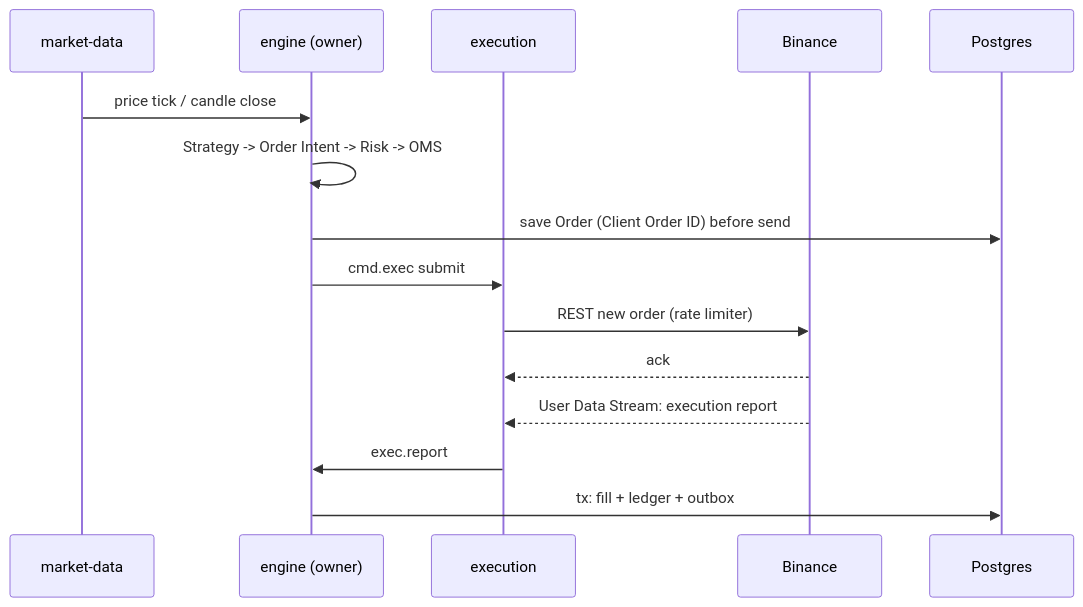
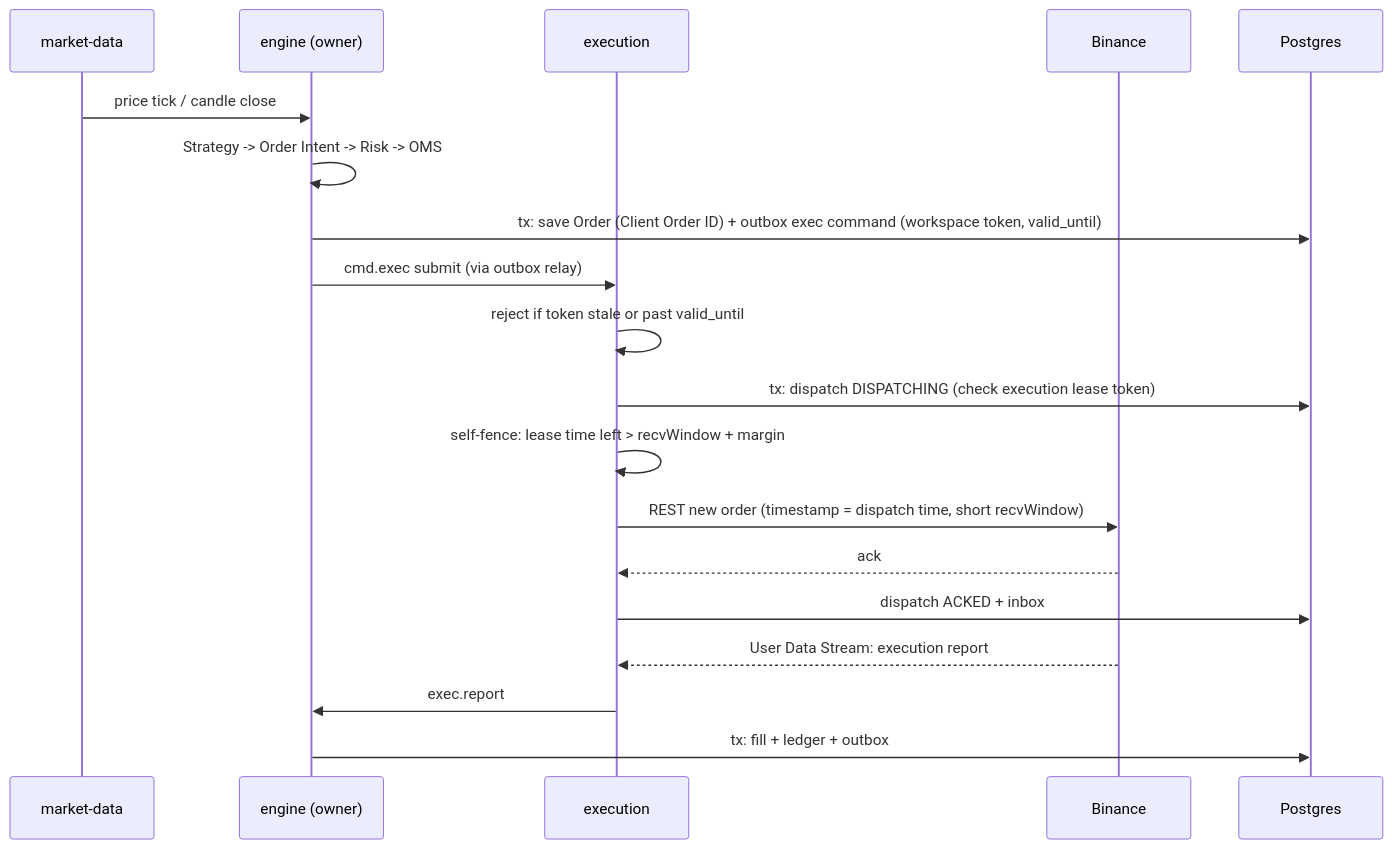
The fifth of 7 diagrams in docs/architecture/architecture.md (yukasung/tiewtrade), drawn with Mermaid before and after one commit. The commit also changed other lines of this file and 11 other files, not shown here.

````diff
--- a/docs/architecture/architecture.md
+++ b/docs/architecture/architecture.md
@@ -265,17 +270,21 @@
 ```mermaid
 sequenceDiagram
     participant M as market-data
     participant E as engine (owner)
     participant X as execution
     participant BN as Binance
     participant P as Postgres
     M->>E: price tick / candle close
     E->>E: Strategy -> Order Intent -> Risk -> OMS
-    E->>P: save Order (Client Order ID) before send
-    E->>X: cmd.exec submit
-    X->>BN: REST new order (rate limiter)
+    E->>P: tx: save Order (Client Order ID) + outbox exec command (workspace token, valid_until)
+    E->>X: cmd.exec submit (via outbox relay)
+    X->>X: reject if token stale or past valid_until
+    X->>P: tx: dispatch DISPATCHING (check execution lease token)
+    X->>X: self-fence: lease time left > recvWindow + margin
+    X->>BN: REST new order (timestamp = dispatch time, short recvWindow)
     BN-->>X: ack
+    X->>P: dispatch ACKED + inbox
     BN-->>X: User Data Stream: execution report
     X->>E: exec.report
     E->>P: tx: fill + ledger + outbox
 ```
````
